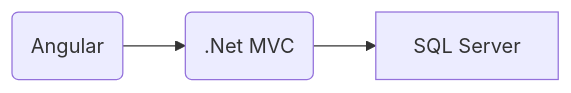
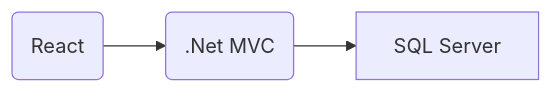
One commit to spallikonda/portfolio-sample changed the second of 2 diagrams in Welcome.md. Above: the diagram before and after it, drawn with Mermaid. The commit also changed other lines of this file and 1 other file, not shown here.

````diff
--- a/Welcome.md
+++ b/Welcome.md
@@ -39,5 +30,4 @@
 ```mermaid
 graph LR
-A(Angular) --> C(.Net MVC)
-C --> D[SQL Server]
+A(React) --> C(.Net MVC) --> D[SQL Server]
 ```
````
